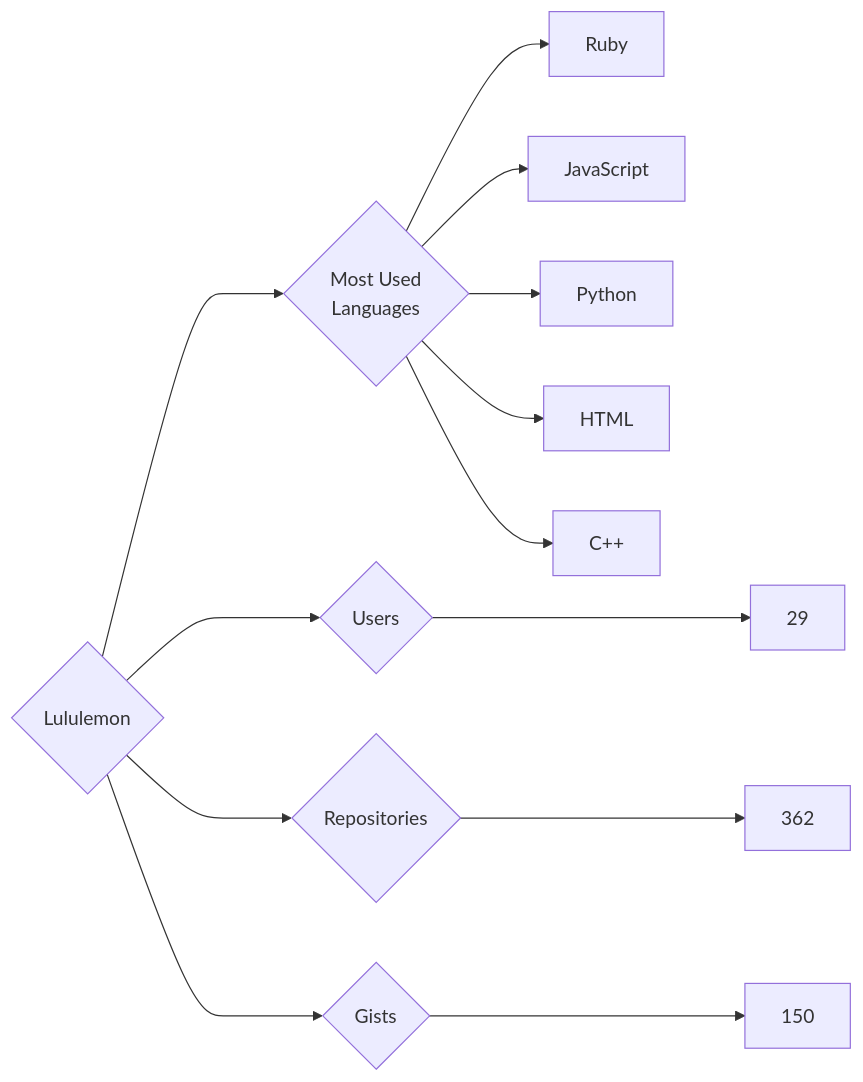
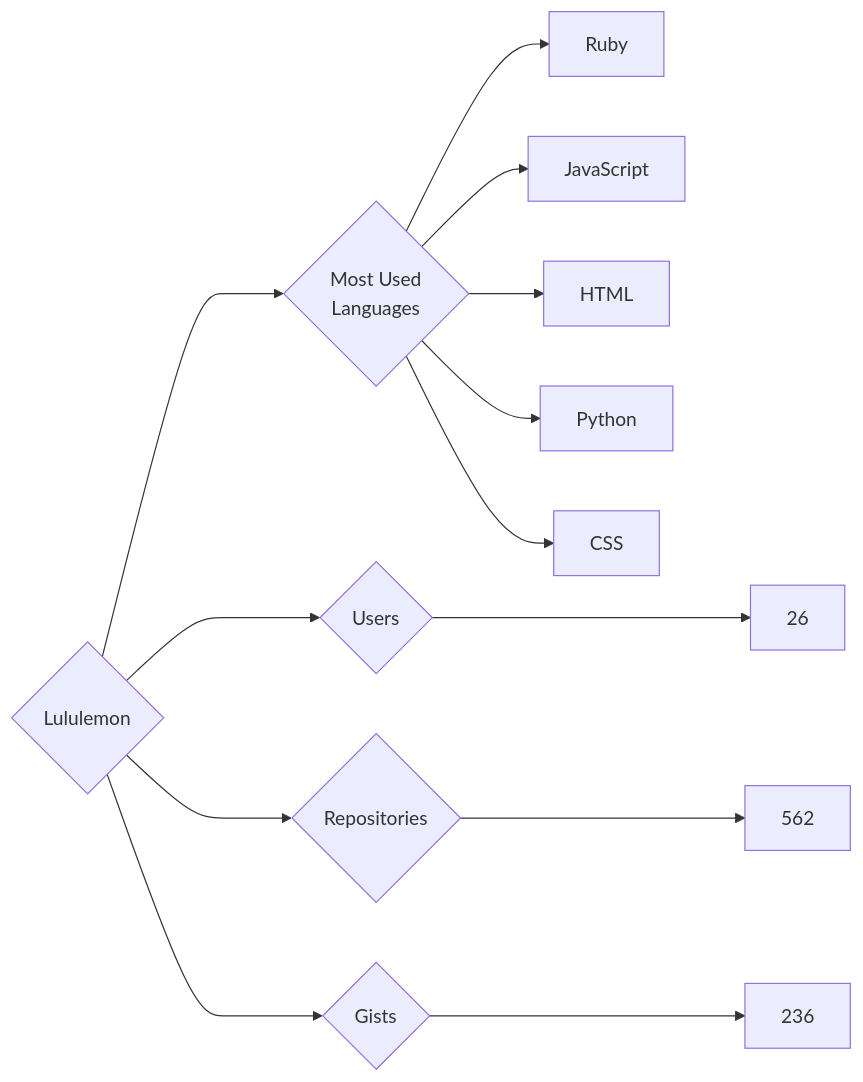
The diagram in targets/Lululemon/README.md (trickest/insiders), drawn with Mermaid before and after one commit. The commit also changed 787 other files, not shown here.

````diff
--- a/targets/Lululemon/README.md
+++ b/targets/Lululemon/README.md
@@ -3,13 +3,13 @@
 ```mermaid
 graph LR
 COMPANY_NAME{Lululemon}
-COMPANY_NAME ---> U{Users} ---> UN[29]
-COMPANY_NAME ---> R{Repositories} ---> RN[362]
-COMPANY_NAME ---> G{Gists} ---> GN[150]
+COMPANY_NAME ---> U{Users} ---> UN[26]
+COMPANY_NAME ---> R{Repositories} ---> RN[562]
+COMPANY_NAME ---> G{Gists} ---> GN[236]
 COMPANY_NAME ---> ML{Most Used<br>Languages}
 ML --> Ruby[Ruby]
 ML --> JavaScript[JavaScript]
+ML --> HTML[HTML]
 ML --> Python[Python]
-ML --> HTML[HTML]
-ML --> C++[C++]
+ML --> CSS[CSS]
 ```
````
